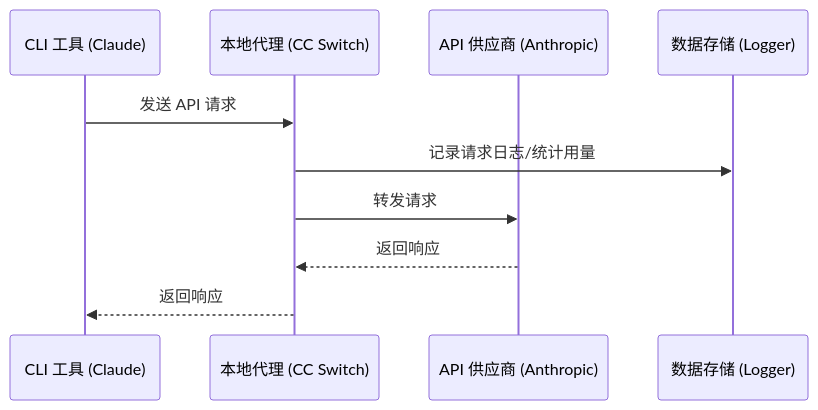
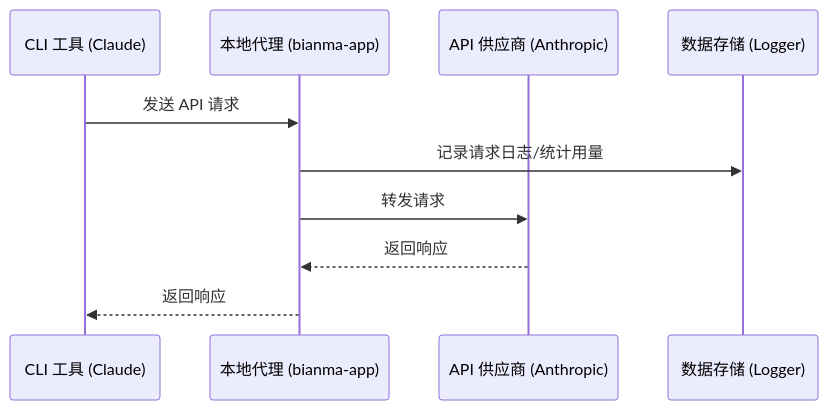
One commit to CreatorEdition/bianma-app changed the diagram in docs/user-manual/zh/4-proxy/4.1-service.md. Above: the diagram before and after it, drawn with Mermaid. The commit also changed other lines of this file and 106 other files, not shown here.

````diff
--- a/docs/user-manual/zh/4-proxy/4.1-service.md
+++ b/docs/user-manual/zh/4-proxy/4.1-service.md
@@ -116,13 +116,13 @@
 ```mermaid
 sequenceDiagram
     participant CLI as CLI 工具 (Claude)
-    participant Proxy as 本地代理 (CC Switch)
+    participant Proxy as 本地代理 (bianma-app)
     participant API as API 供应商 (Anthropic)
     participant DB as 数据存储 (Logger)
 
     CLI->>Proxy: 发送 API 请求
     Proxy->>DB: 记录请求日志/统计用量
     Proxy->>API: 转发请求
     API-->>Proxy: 返回响应
     Proxy-->>CLI: 返回响应
 ```
````
